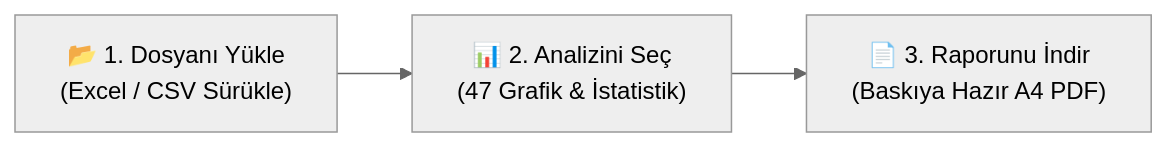
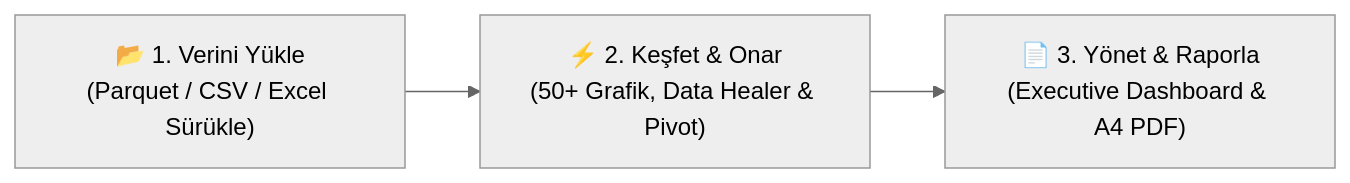
One commit to UmutcaNN00/dataviz changed the first of 2 diagrams in README.md. Above: the diagram before and after it, drawn with Mermaid (neutral theme). The commit also changed other lines of this file, not shown here.

Commit message:
belge: 50+ grafik, büyük veri ve modüler mimariyi kapsayan kapsamlı README güncellemesi

````diff
--- a/README.md
+++ b/README.md
@@ -56,5 +72,5 @@
 ```mermaid
 flowchart LR
-    A["📂 1. Dosyanı Yükle\n(Excel / CSV Sürükle)"] --> B["📊 2. Analizini Seç\n(47 Grafik & İstatistik)"]
-    B --> C["📄 3. Raporunu İndir\n(Baskıya Hazır A4 PDF)"]
+    A["📂 1. Verini Yükle\n(Parquet / CSV / Excel Sürükle)"] --> B["⚡ 2. Keşfet & Onar\n(50+ Grafik, Data Healer & Pivot)"]
+    B --> C["📄 3. Yönet & Raporla\n(Executive Dashboard & A4 PDF)"]
 ```
````
